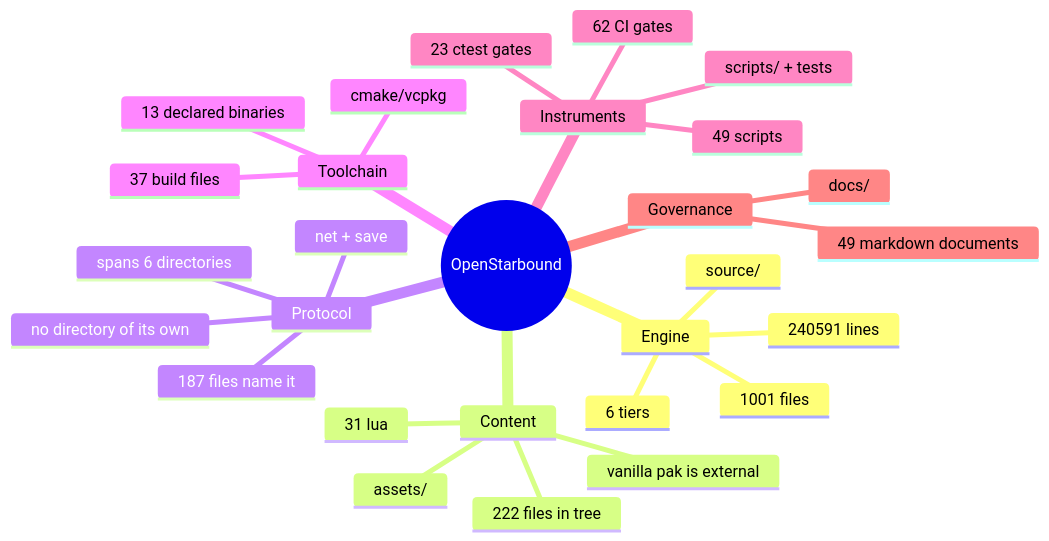
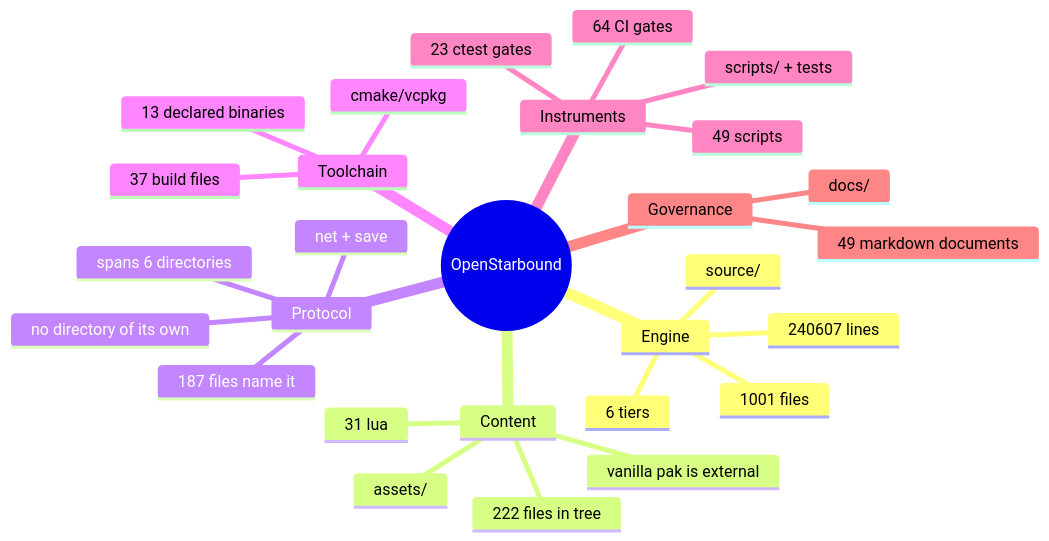
One commit to apnex/OpenStarbound changed the second of 11 diagrams in docs/architecture/system-boundaries.md. Above: the diagram before and after it, drawn with Mermaid. The commit also changed other lines of this file and 9 other files, not shown here.

````diff
--- a/docs/architecture/system-boundaries.md
+++ b/docs/architecture/system-boundaries.md
@@ -166,31 +166,31 @@
 ```mermaid
 mindmap
   root((OpenStarbound))
     Engine
       source/
       1001 files
-      240591 lines
+      240607 lines
       6 tiers
     Content
       assets/
       222 files in tree
       31 lua
       vanilla pak is external
     Protocol
       net + save
       187 files name it
       spans 6 directories
       no directory of its own
     Toolchain
       cmake/vcpkg
       37 build files
       13 declared binaries
     Instruments
       scripts/ + tests
       49 scripts
       23 ctest gates
-      62 CI gates
+      64 CI gates
     Governance
       docs/
       49 markdown documents
 ```
````
